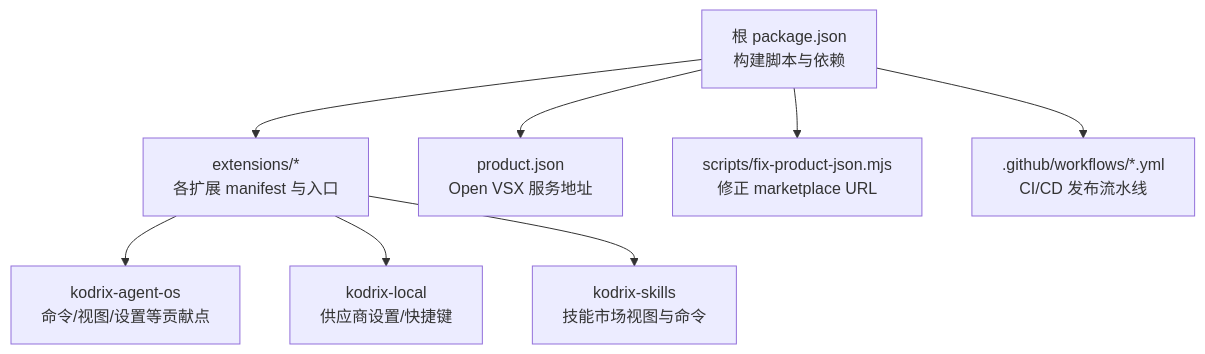
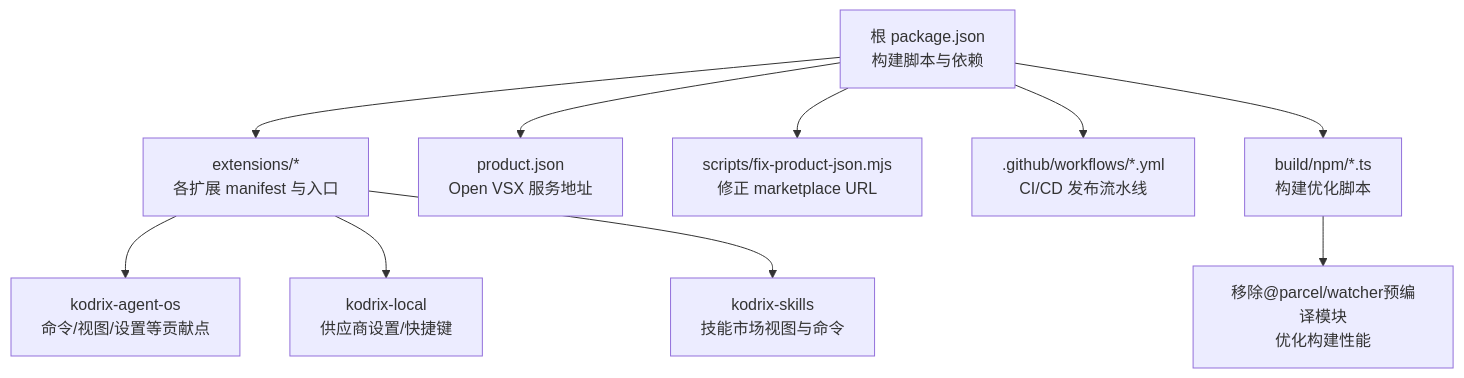
One commit to sofate798/KodrixCode changed the first of 9 diagrams in .qoder/repowiki/zh/content/扩展开发/打包与分发.md. Above: the diagram before and after it, drawn with Mermaid. The commit also changed other lines of this file and 1661 other files, not shown here.

````diff
--- a/.qoder/repowiki/zh/content/扩展开发/打包与分发.md
+++ b/.qoder/repowiki/zh/content/扩展开发/打包与分发.md
@@ -39,10 +51,12 @@
 ```mermaid
 graph TB
 A["根 package.json<br/>构建脚本与依赖"] --> B["extensions/*<br/>各扩展 manifest 与入口"]
 A --> C["product.json<br/>Open VSX 服务地址"]
 A --> D["scripts/fix-product-json.mjs<br/>修正 marketplace URL"]
 A --> E[".github/workflows/*.yml<br/>CI/CD 发布流水线"]
-B --> F["kodrix-agent-os<br/>命令/视图/设置等贡献点"]
-B --> G["kodrix-local<br/>供应商设置/快捷键"]
-B --> H["kodrix-skills<br/>技能市场视图与命令"]
+A --> F["build/npm/*.ts<br/>构建优化脚本"]
+B --> G["kodrix-agent-os<br/>命令/视图/设置等贡献点"]
+B --> H["kodrix-local<br/>供应商设置/快捷键"]
+B --> I["kodrix-skills<br/>技能市场视图与命令"]
+F --> J["移除@parcel/watcher预编译模块<br/>优化构建性能"]
 ```
````
